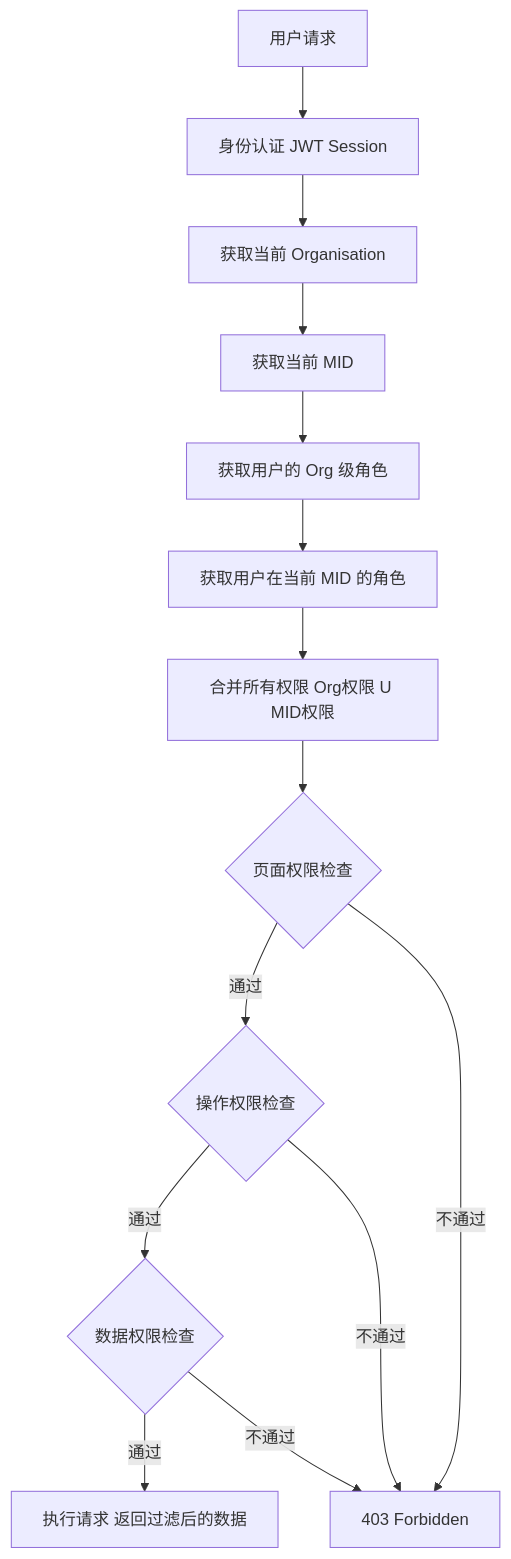
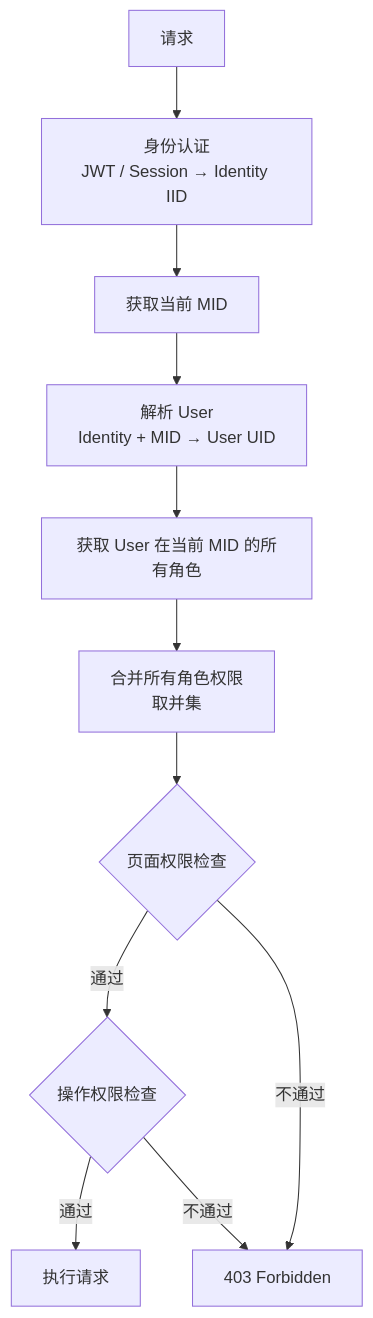
Diagram 11 of 13 in USERPERMISSIONS/prd/Users-Roles-Permissions.md (xiaoxiaoangie/EX-NEW), drawn with Mermaid before and after one commit. The commit also changed other lines of this file and 30 other files, not shown here.

````diff
--- a/USERPERMISSIONS/prd/Users-Roles-Permissions.md
+++ b/USERPERMISSIONS/prd/Users-Roles-Permissions.md
@@ -825,19 +788,15 @@
 ```mermaid
 flowchart TD
-    A[用户请求] --> B[身份认证 JWT Session]
-    B --> C[获取当前 Organisation]
-    C --> D[获取当前 MID]
-    D --> E[获取用户的 Org 级角色]
-    E --> F[获取用户在当前 MID 的角色]
-    F --> G[合并所有权限 Org权限 U MID权限]
+    A[请求] --> B[身份认证<br/>JWT / Session → Identity IID]
+    B --> C[获取当前 MID]
+    C --> D[解析 User<br/>Identity + MID → User UID]
+    D --> E[获取 User 在当前 MID 的所有角色]
+    E --> F[合并所有角色权限<br/>取并集]
 
-    G --> H{页面权限检查}
-    H -->|通过| I{操作权限检查}
-    H -->|不通过| X[403 Forbidden]
+    F --> G{页面权限检查}
+    G -->|通过| H{操作权限检查}
+    G -->|不通过| X[403 Forbidden]
 
-    I -->|通过| J{数据权限检查}
-    I -->|不通过| X
-
-    J -->|通过| K[执行请求 返回过滤后的数据]
-    J -->|不通过| X
+    H -->|通过| I[执行请求]
+    H -->|不通过| X
 ```
````
